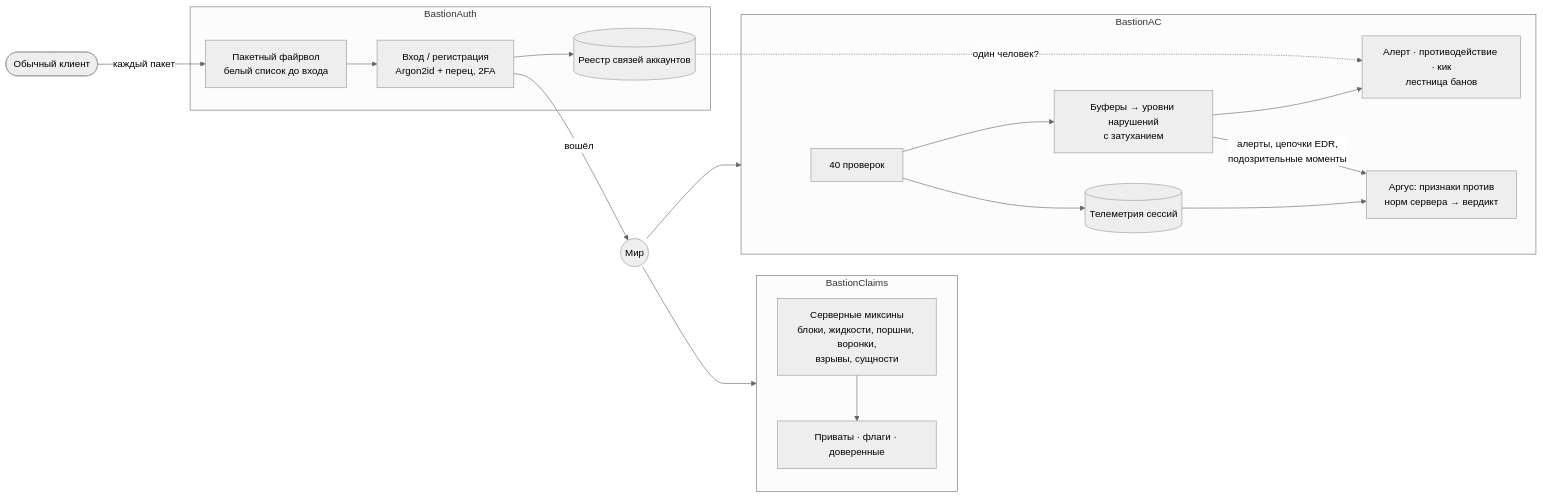
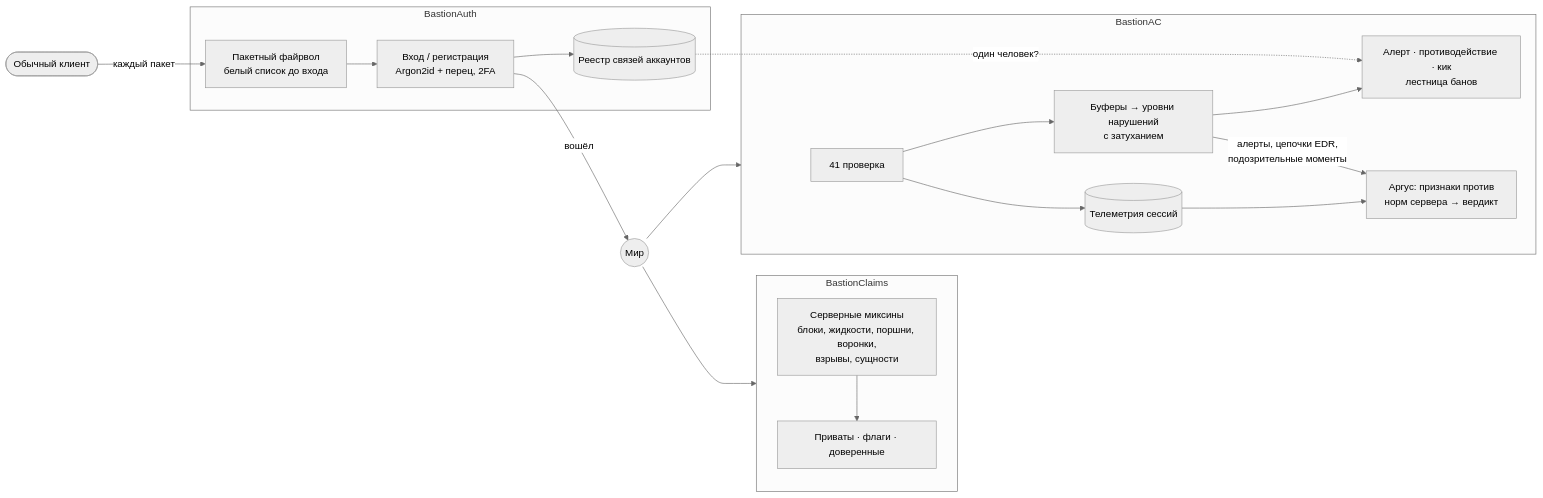
The diagram in README.ru.md (dhehdjebejen-beep/Bastion), drawn with Mermaid (neutral theme) before and after one commit. The commit also changed other lines of this file and 18 other files, not shown here.

````diff
--- a/README.ru.md
+++ b/README.ru.md
@@ -52,21 +52,21 @@
 ```mermaid
 flowchart LR
     C([Обычный клиент]) -->|каждый пакет| FW
     subgraph Auth [BastionAuth]
         FW[Пакетный файрвол<br/>белый список до входа] --> LG[Вход / регистрация<br/>Argon2id + перец, 2FA]
         LG --> LK[(Реестр связей аккаунтов)]
     end
     LG -->|вошёл| W((Мир))
     W --> AC
     subgraph AC [BastionAC]
-        CH[40 проверок] --> VL[Буферы → уровни нарушений<br/>с затуханием] --> ACT[Алерт · противодействие · кик<br/>лестница банов]
+        CH[41 проверка] --> VL[Буферы → уровни нарушений<br/>с затуханием] --> ACT[Алерт · противодействие · кик<br/>лестница банов]
         CH --> TL[(Телеметрия сессий)]
         VL -->|алерты, цепочки EDR,<br/>подозрительные моменты| AR[Аргус: признаки против<br/>норм сервера → вердикт]
         TL --> AR
     end
     W --> CL
     subgraph CL [BastionClaims]
         MX[Серверные миксины<br/>блоки, жидкости, поршни, воронки,<br/>взрывы, сущности] --> CF[Приваты · флаги · доверенные]
     end
     LK -. один человек? .-> ACT
 ```
````
